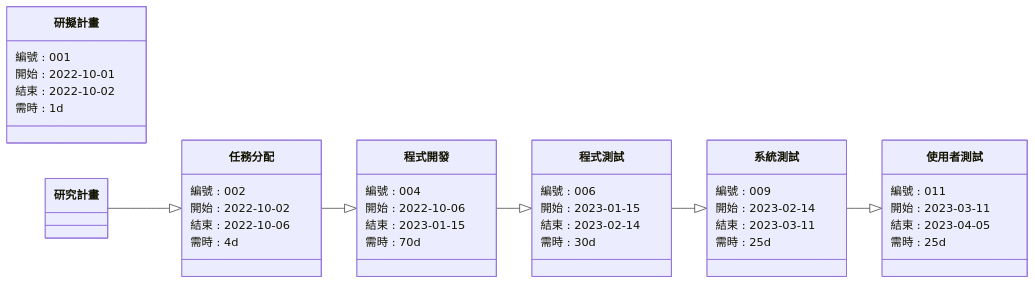
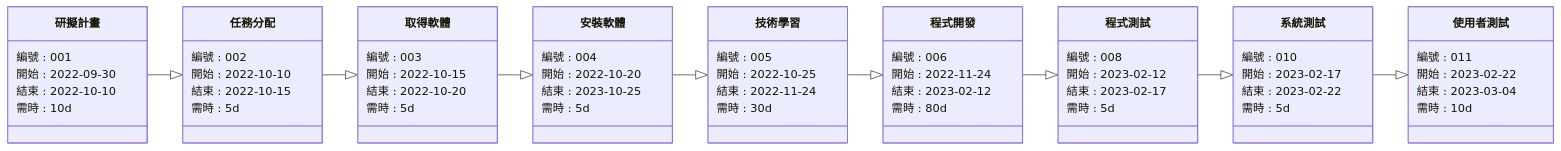
The third of 3 diagrams in Group13/group13.md (David74091/-systemAnalizeDesign), drawn with Mermaid before and after one commit. The commit also changed other lines of this file, not shown here.

````diff
--- a/Group13/group13.md
+++ b/Group13/group13.md
@@ -164,48 +164,69 @@
 ```mermaid
 
 classDiagram
   direction LR
   
-   class 研擬計畫 {
+    class 研擬計畫 {
     編號 : 001
-    開始 : 2022-10-01
-    結束 : 2022-10-02
-    需時 : 1d
+    開始 : 2022-09-30
+    結束 : 2022-10-10
+    需時 : 10d
   }
   class 任務分配{
     編號 : 002
-    開始 : 2022-10-02
-    結束 : 2022-10-06
-    需時 : 4d
+    開始 : 2022-10-10
+    結束 : 2022-10-15
+    需時 : 5d
+  }
+  class 取得軟體{
+    編號 : 003
+    開始 : 2022-10-15
+    結束 : 2022-10-20
+    需時 : 5d
+  }
+  class 安裝軟體{
+    編號 : 004
+    開始 : 2022-10-20
+    結束 : 2023-10-25
+    需時 : 5d
+  }
+  class 技術學習{
+    編號 : 005
+    開始 : 2022-10-25
+    結束 : 2022-11-24
+    需時 : 30d
   }
   class 程式開發{
-    編號 : 004
-    開始 : 2022-10-06
-    結束 : 2023-01-15
-    需時 : 70d
+    編號 : 006
+    開始 : 2022-11-24
+    結束 : 2023-02-12
+    需時 : 80d
   }
   class 程式測試{
-    編號 : 006
-    開始 : 2023-01-15
-    結束 : 2023-02-14
-    需時 : 30d
+    編號 : 008
+    開始 : 2023-02-12
+    結束 : 2023-02-17
+    需時 : 5d
   }
   class 系統測試{
-    編號 : 009
-    開始 : 2023-02-14
-    結束 : 2023-03-11
-    需時 : 25d
+    編號 : 010
+    開始 : 2023-02-17
+    結束 : 2023-02-22
+    需時 : 5d
   }
   class 使用者測試{
     編號 : 011
-    開始 : 2023-03-11
-    結束 : 2023-04-05
-    需時 : 25d
+    開始 : 2023-02-22
+    結束 : 2023-03-04
+    需時 : 10d
   }
 
-研究計畫 --|> 任務分配 
-任務分配 --|> 程式開發
-程式開發 --|> 程式測試
-程式測試 --|> 系統測試
-系統測試 --|> 使用者測試
+  研擬計畫 --|> 任務分配 
+  任務分配 --|> 取得軟體
+  取得軟體 --|> 安裝軟體
+  安裝軟體 --|> 技術學習
+  技術學習 --|> 程式開發
+  程式開發 --|> 程式測試
+  程式測試 --|> 系統測試
+  系統測試 --|> 使用者測試
 ```
````
